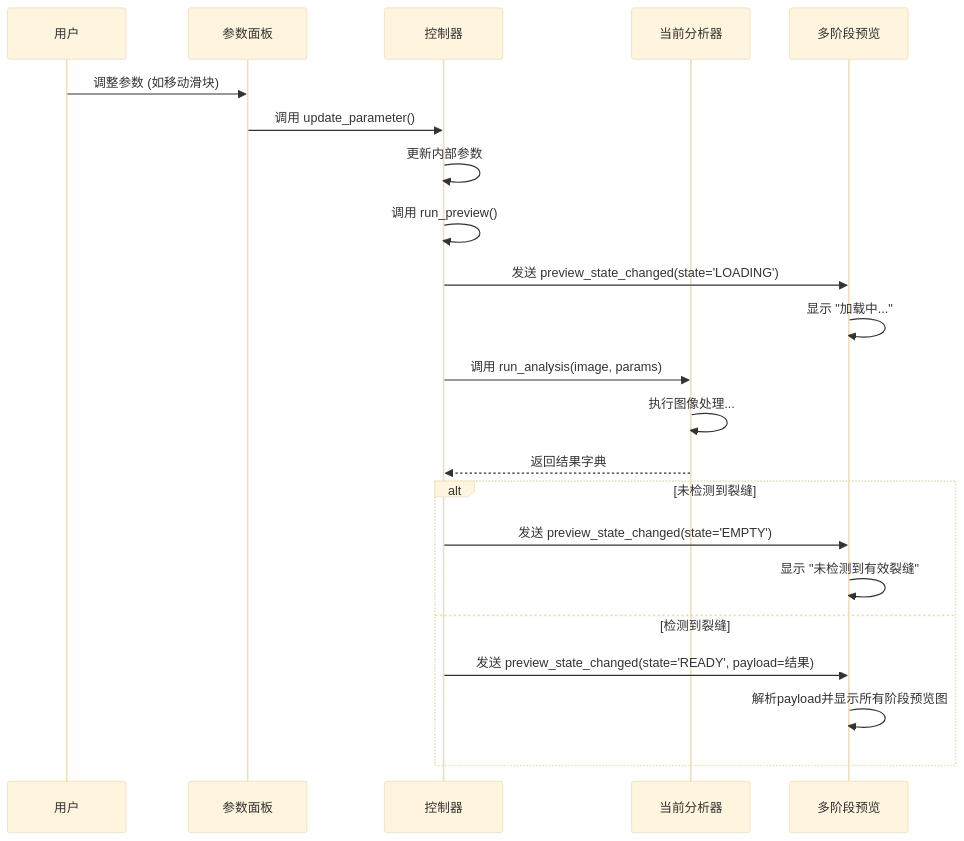
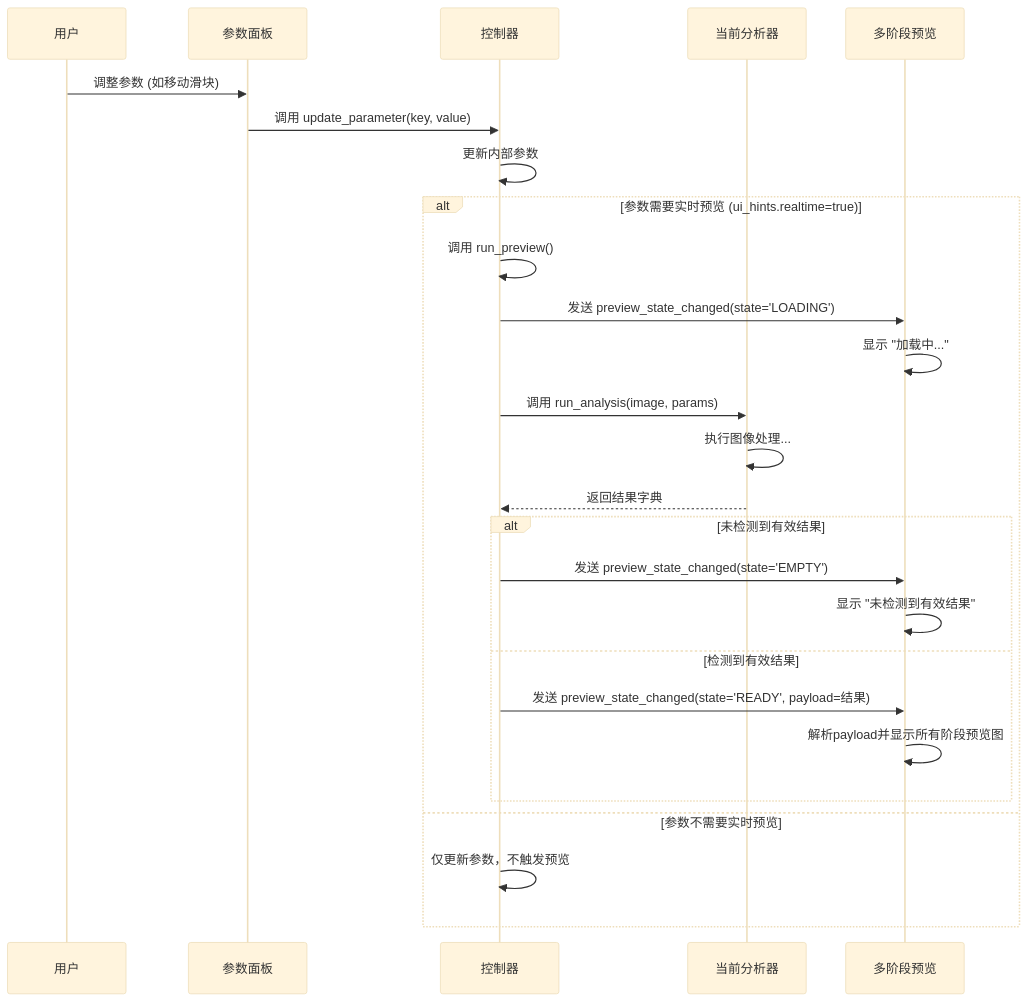
One commit to hanwantracters/yan_xin_shi_bie changed the second of 3 diagrams in mermaid.md. Above: the diagram before and after it, drawn with Mermaid (base theme). The commit also changed other lines of this file and 18 other files, not shown here.

````diff
--- a/mermaid.md
+++ b/mermaid.md
@@ -55,27 +63,32 @@
 ```mermaid
 sequenceDiagram
     participant User as 用户
     participant ParamPanel as 参数面板
     participant Controller as 控制器
     participant Analyzer as 当前分析器
     participant PreviewWidget as 多阶段预览
 
     User->>ParamPanel: 调整参数 (如移动滑块)
-    ParamPanel->>Controller: 调用 update_parameter()
+    ParamPanel->>Controller: 调用 update_parameter(key, value)
     Controller->>Controller: 更新内部参数
-    Controller->>Controller: 调用 run_preview()
-    Controller->>PreviewWidget: 发送 preview_state_changed(state='LOADING')
-    PreviewWidget->>PreviewWidget: 显示 "加载中..."
     
-    Controller->>Analyzer: 调用 run_analysis(image, params)
-    Analyzer->>Analyzer: 执行图像处理...
-    Analyzer-->>Controller: 返回结果字典
-    
-    alt 未检测到裂缝
-        Controller->>PreviewWidget: 发送 preview_state_changed(state='EMPTY')
-        PreviewWidget->>PreviewWidget: 显示 "未检测到有效裂缝"
-    else 检测到裂缝
-        Controller->>PreviewWidget: 发送 preview_state_changed(state='READY', payload=结果)
-        PreviewWidget->>PreviewWidget: 解析payload并显示所有阶段预览图
+    alt 参数需要实时预览 (ui_hints.realtime=true)
+        Controller->>Controller: 调用 run_preview()
+        Controller->>PreviewWidget: 发送 preview_state_changed(state='LOADING')
+        PreviewWidget->>PreviewWidget: 显示 "加载中..."
+        
+        Controller->>Analyzer: 调用 run_analysis(image, params)
+        Analyzer->>Analyzer: 执行图像处理...
+        Analyzer-->>Controller: 返回结果字典
+        
+        alt 未检测到有效结果
+            Controller->>PreviewWidget: 发送 preview_state_changed(state='EMPTY')
+            PreviewWidget->>PreviewWidget: 显示 "未检测到有效结果"
+        else 检测到有效结果
+            Controller->>PreviewWidget: 发送 preview_state_changed(state='READY', payload=结果)
+            PreviewWidget->>PreviewWidget: 解析payload并显示所有阶段预览图
+        end
+    else 参数不需要实时预览
+        Controller->>Controller: 仅更新参数，不触发预览
     end
 ``` 
````
